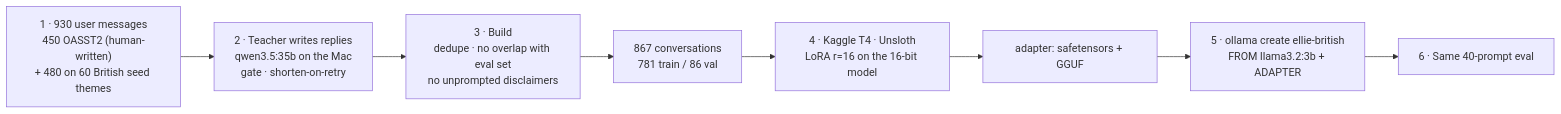
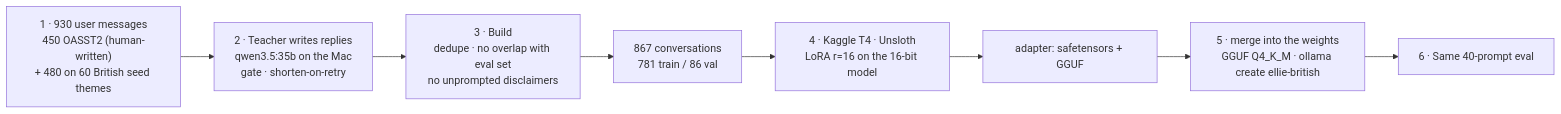
One commit to ShivaTeja05/Local-LLM-Based-Text-to-Speech-Application changed the diagram in training/README.md. Above: the diagram before and after it, drawn with Mermaid. The commit also changed other lines of this file and 16 other files, not shown here.

````diff
--- a/training/README.md
+++ b/training/README.md
@@ -32,10 +32,10 @@
 ```mermaid
 flowchart LR
   P["1 · 930 user messages<br/>450 OASST2 (human-written)<br/>+ 480 on 60 British seed themes"] --> T["2 · Teacher writes replies<br/>qwen3.5:35b on the Mac<br/>gate · shorten-on-retry"]
   T --> F["3 · Build<br/>dedupe · no overlap with eval set<br/>no unprompted disclaimers"]
   F --> D["867 conversations<br/>781 train / 86 val"]
   D --> K["4 · Kaggle T4 · Unsloth<br/>LoRA r=16 on the 16-bit model"]
   K --> A["adapter: safetensors + GGUF"]
-  A --> O["5 · ollama create ellie-british<br/>FROM llama3.2:3b + ADAPTER"]
+  A --> O["5 · merge into the weights<br/>GGUF Q4_K_M · ollama create ellie-british"]
   O --> E["6 · Same 40-prompt eval"]
 ```
````
